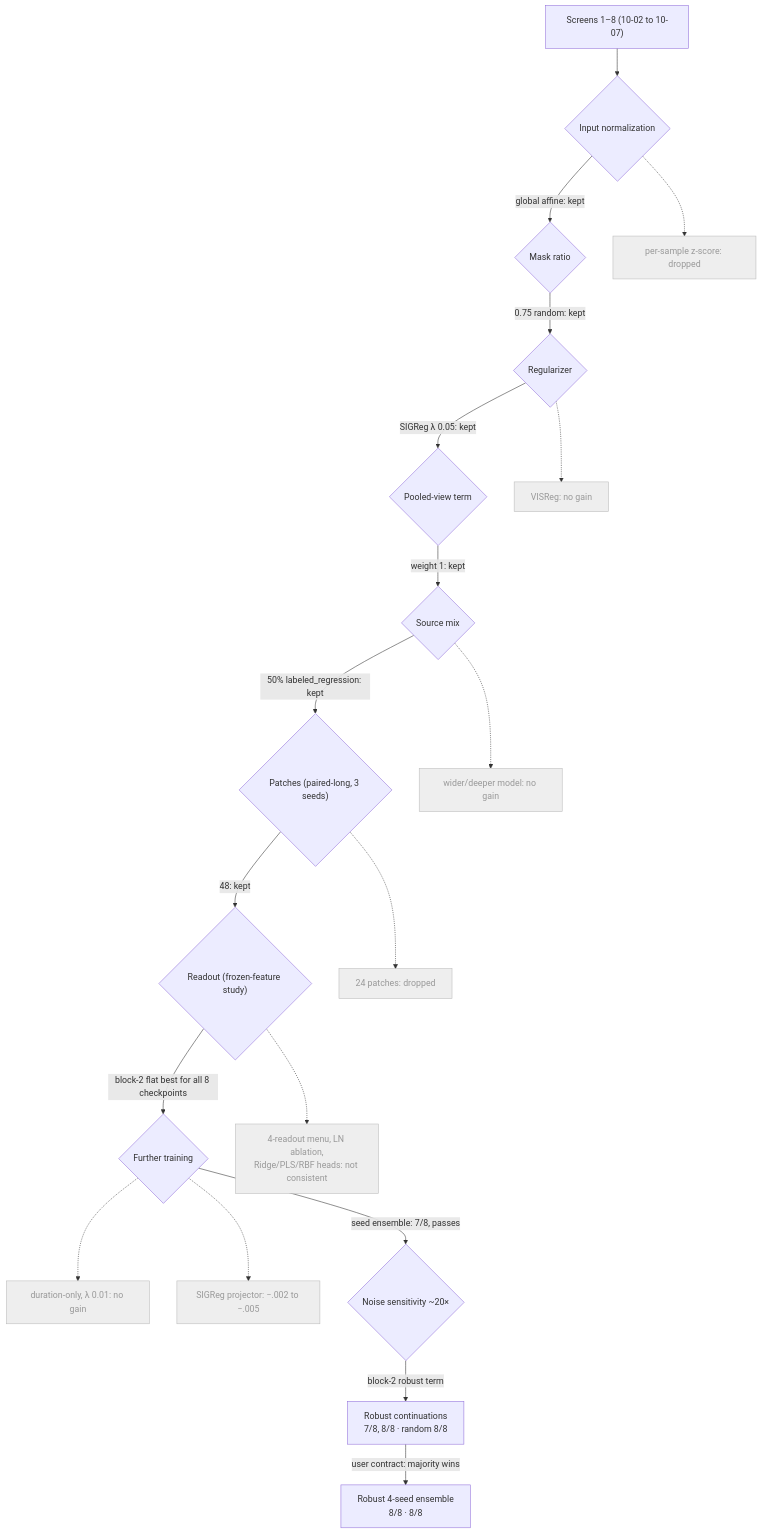
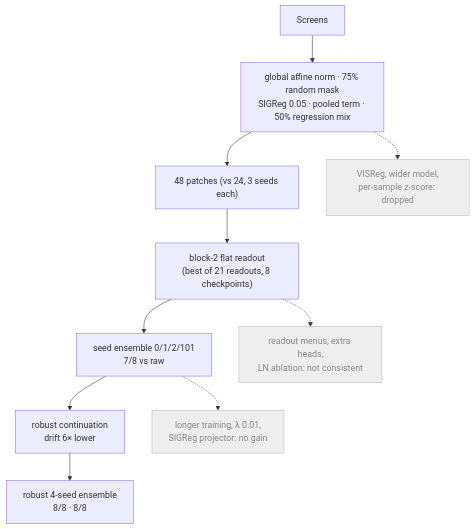
Before and after one commit to h-cohen/SpectralFM-jepa: the fifth of 7 diagrams in docs/TRAINING_REPORT.md, drawn with Mermaid. The commit also changed other lines of this file and 7 other files, not shown here.

First line of the commit message:
docs: compact training report with bottom lines, all evaluation figures, no contract text

````diff
--- a/docs/TRAINING_REPORT.md
+++ b/docs/TRAINING_REPORT.md
@@ -202,23 +120,14 @@
 ```mermaid
 flowchart TB
-    S["Screens 1–8 (10-02 to 10-07)"] --> N1{"Input normalization"}
-    N1 -->|"global affine: kept"| N2{"Mask ratio"}
-    N1 -.-> X1["per-sample z-score: dropped"]
-    N2 -->|"0.75 random: kept"| N3{"Regularizer"}
-    N3 -->|"SIGReg λ 0.05: kept"| N4{"Pooled-view term"}
-    N3 -.-> X2["VISReg: no gain"]
-    N4 -->|"weight 1: kept"| N5{"Source mix"}
-    N5 -->|"50% labeled_regression: kept"| N6{"Patches (paired-long, 3 seeds)"}
-    N5 -.-> X3["wider/deeper model: no gain"]
-    N6 -->|"48: kept"| N7{"Readout (frozen-feature study)"}
-    N6 -.-> X4["24 patches: dropped"]
-    N7 -->|"block-2 flat best for all 8 checkpoints"| N8{"Further training"}
-    N7 -.-> X5["4-readout menu, LN ablation,<br/>Ridge/PLS/RBF heads: not consistent"]
-    N8 -.-> X6["duration-only, λ 0.01: no gain"]
-    N8 -.-> X7["SIGReg projector: −.002 to −.005"]
-    N8 -->|"seed ensemble: 7/8, passes"| N9{"Noise sensitivity ~20×"}
-    N9 -->|"block-2 robust term"| N10["Robust continuations<br/>7/8, 8/8 · random 8/8"]
-    N10 -->|"user contract: majority wins"| N11["Robust 4-seed ensemble<br/>8/8 · 8/8"]
-    classDef drop fill:#eee,stroke:#bbb,color:#999
-    class X1,X2,X3,X4,X5,X6,X7 drop
+    S["Screens"] --> A["global affine norm · 75% random mask<br/>SIGReg 0.05 · pooled term · 50% regression mix"]
+    A --> B["48 patches (vs 24, 3 seeds each)"]
+    B --> C["block-2 flat readout<br/>(best of 21 readouts, 8 checkpoints)"]
+    C --> D["seed ensemble 0/1/2/101<br/>7/8 vs raw"]
+    D --> E["robust continuation<br/>drift 6× lower"]
+    E --> F["robust 4-seed ensemble<br/>8/8 · 8/8"]
+    A -.-> X1["VISReg, wider model,<br/>per-sample z-score: dropped"]
+    C -.-> X2["readout menus, extra heads,<br/>LN ablation: not consistent"]
+    D -.-> X3["longer training, λ 0.01,<br/>SIGReg projector: no gain"]
+    classDef drop fill:#eee,stroke:#bbb,color:#888
+    class X1,X2,X3 drop
 ```
````
